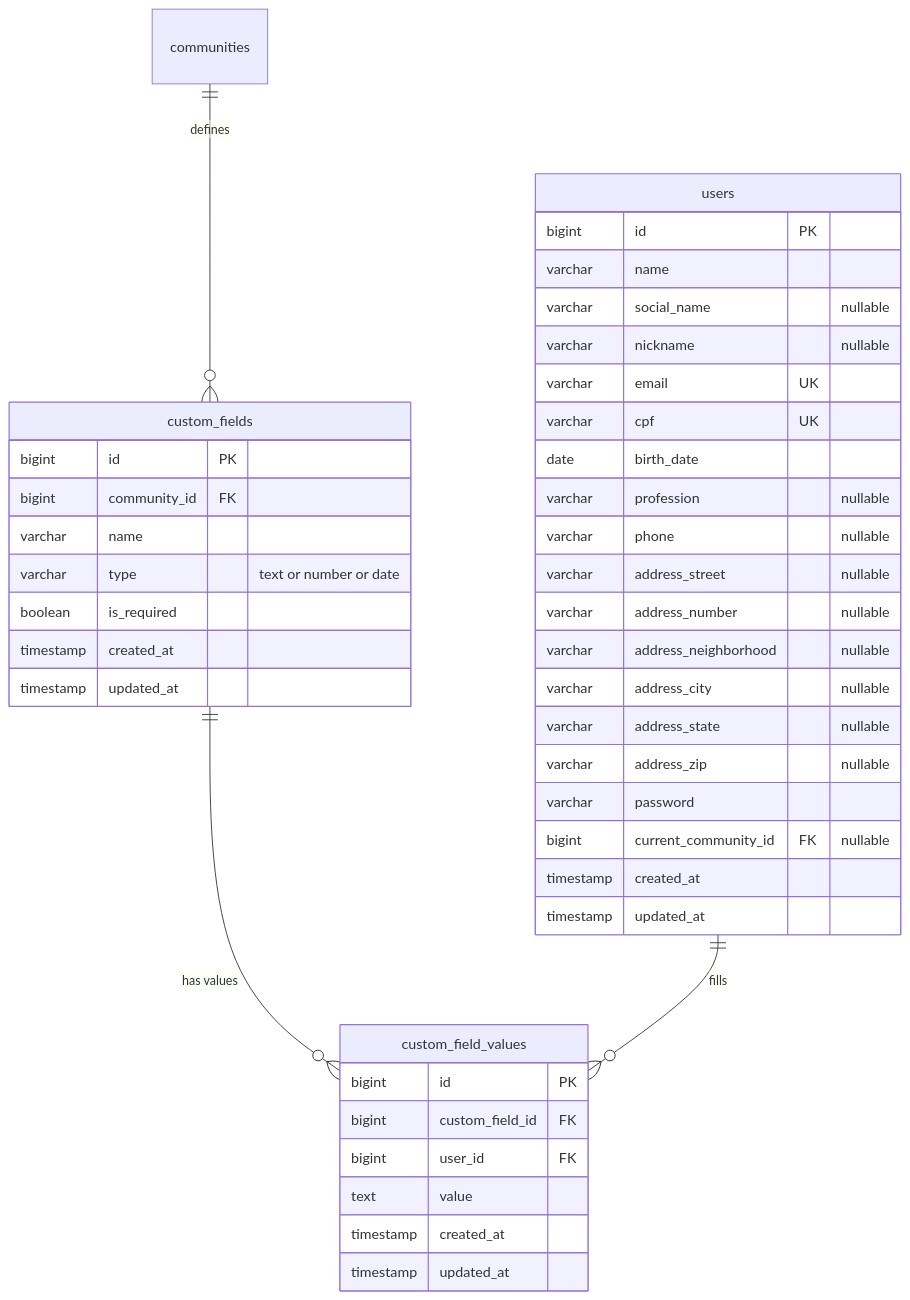
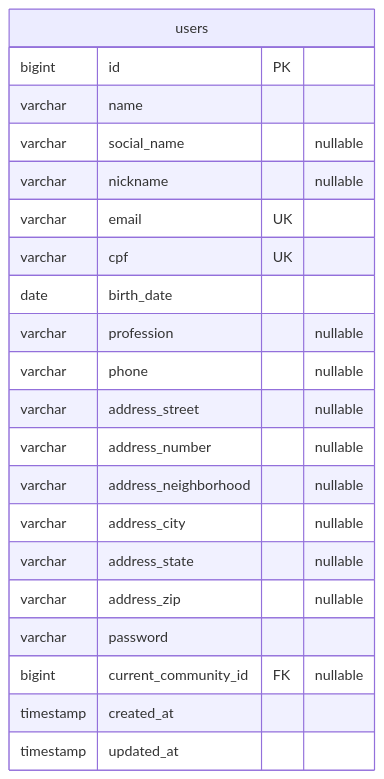
The first of 2 diagrams in docs/flows/03-members.md (HDias/community), drawn with Mermaid before and after one commit. The commit also changed other lines of this file and 36 other files, not shown here.

````diff
--- a/docs/flows/03-members.md
+++ b/docs/flows/03-members.md
@@ -8,44 +7,24 @@
 ```mermaid
 erDiagram
     users {
         bigint id PK
         varchar name
         varchar social_name "nullable"
         varchar nickname "nullable"
         varchar email UK
         varchar cpf UK
         date birth_date
         varchar profession "nullable"
         varchar phone "nullable"
         varchar address_street "nullable"
         varchar address_number "nullable"
         varchar address_neighborhood "nullable"
         varchar address_city "nullable"
         varchar address_state "nullable"
         varchar address_zip "nullable"
         varchar password
         bigint current_community_id FK "nullable"
         timestamp created_at
         timestamp updated_at
     }
-    custom_fields {
-        bigint id PK
-        bigint community_id FK
-        varchar name
-        varchar type "text or number or date"
-        boolean is_required
-        timestamp created_at
-        timestamp updated_at
-    }
-    custom_field_values {
-        bigint id PK
-        bigint custom_field_id FK
-        bigint user_id FK
-        text value
-        timestamp created_at
-        timestamp updated_at
-    }
-    communities ||--o{ custom_fields : "defines"
-    custom_fields ||--o{ custom_field_values : "has values"
-    users ||--o{ custom_field_values : "fills"
 ```
````
